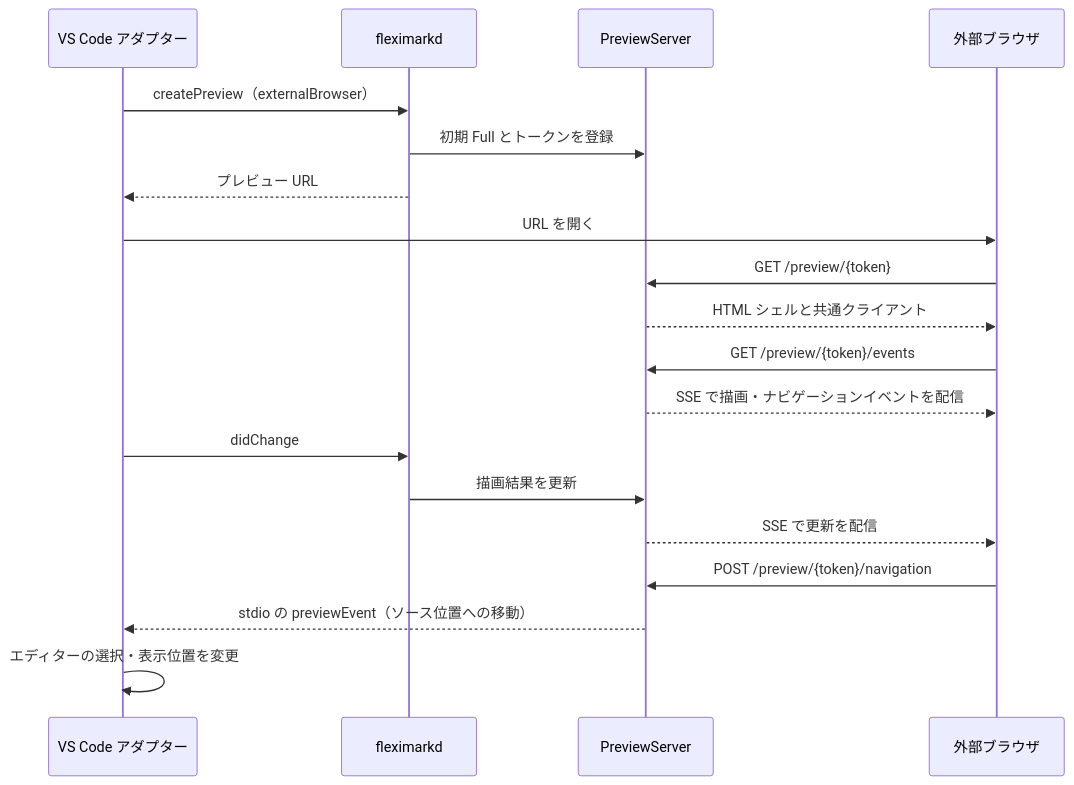
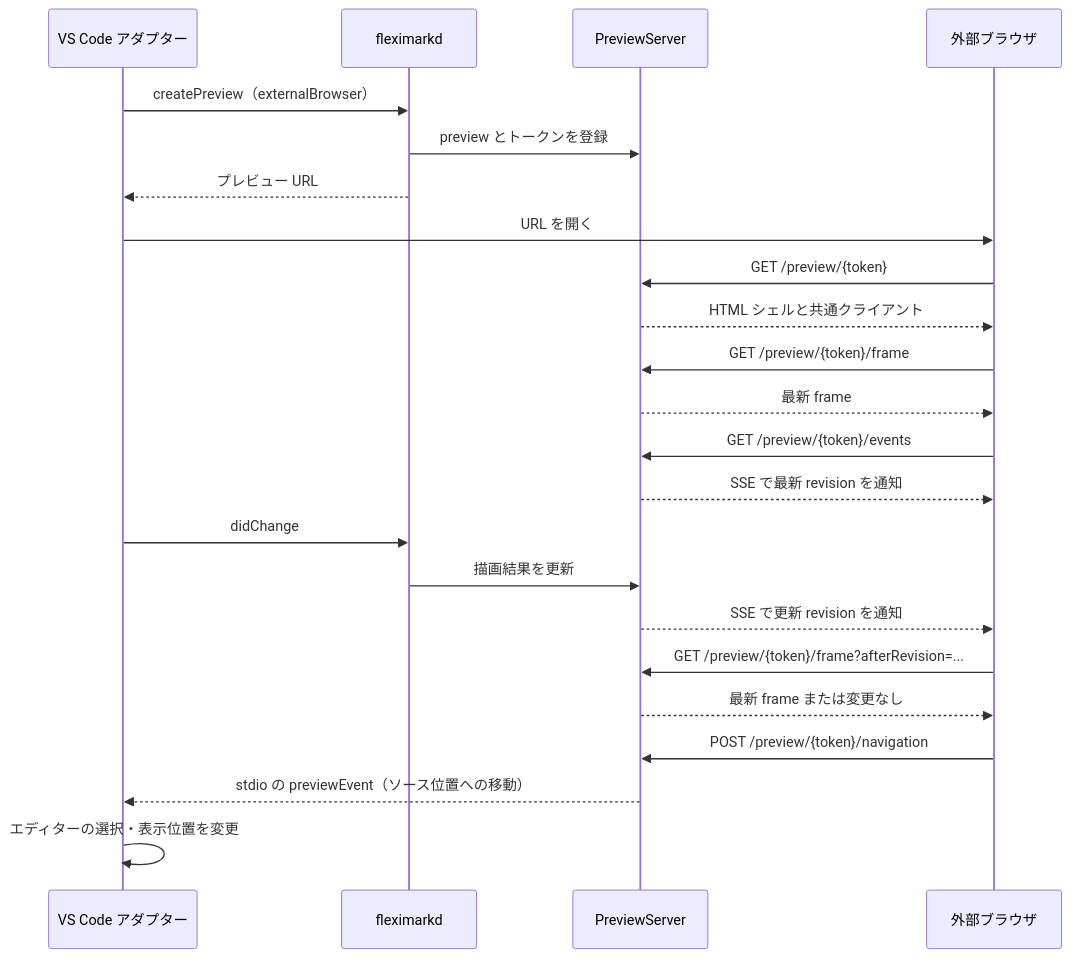
One commit to Kashiwade-music/fleximark changed the third of 4 diagrams in ARCHITECTURE.md. Above: the diagram before and after it, drawn with Mermaid. The commit also changed other lines of this file and 88 other files, not shown here.

````diff
--- a/ARCHITECTURE.md
+++ b/ARCHITECTURE.md
@@ -158,21 +167,25 @@
 ```mermaid
 sequenceDiagram
     participant A as VS Code アダプター
     participant D as fleximarkd
     participant H as PreviewServer
     participant B as 外部ブラウザ
     A->>D: createPreview（externalBrowser）
-    D->>H: 初期 Full とトークンを登録
+    D->>H: preview とトークンを登録
     D-->>A: プレビュー URL
     A->>B: URL を開く
     B->>H: GET /preview/{token}
     H-->>B: HTML シェルと共通クライアント
+    B->>H: GET /preview/{token}/frame
+    H-->>B: 最新 frame
     B->>H: GET /preview/{token}/events
-    H-->>B: SSE で描画・ナビゲーションイベントを配信
+    H-->>B: SSE で最新 revision を通知
     A->>D: didChange
     D->>H: 描画結果を更新
-    H-->>B: SSE で更新を配信
+    H-->>B: SSE で更新 revision を通知
+    B->>H: GET /preview/{token}/frame?afterRevision=...
+    H-->>B: 最新 frame または変更なし
     B->>H: POST /preview/{token}/navigation
     H-->>A: stdio の previewEvent（ソース位置への移動）
     A->>A: エディターの選択・表示位置を変更
 ```
````
